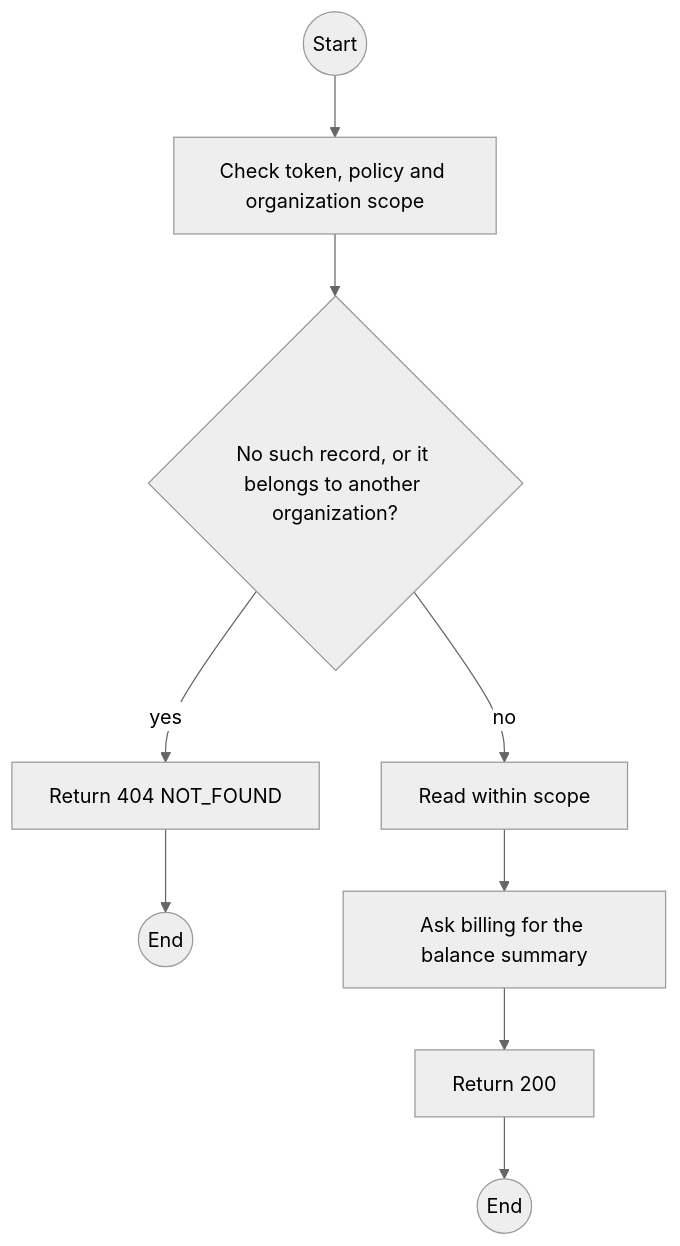
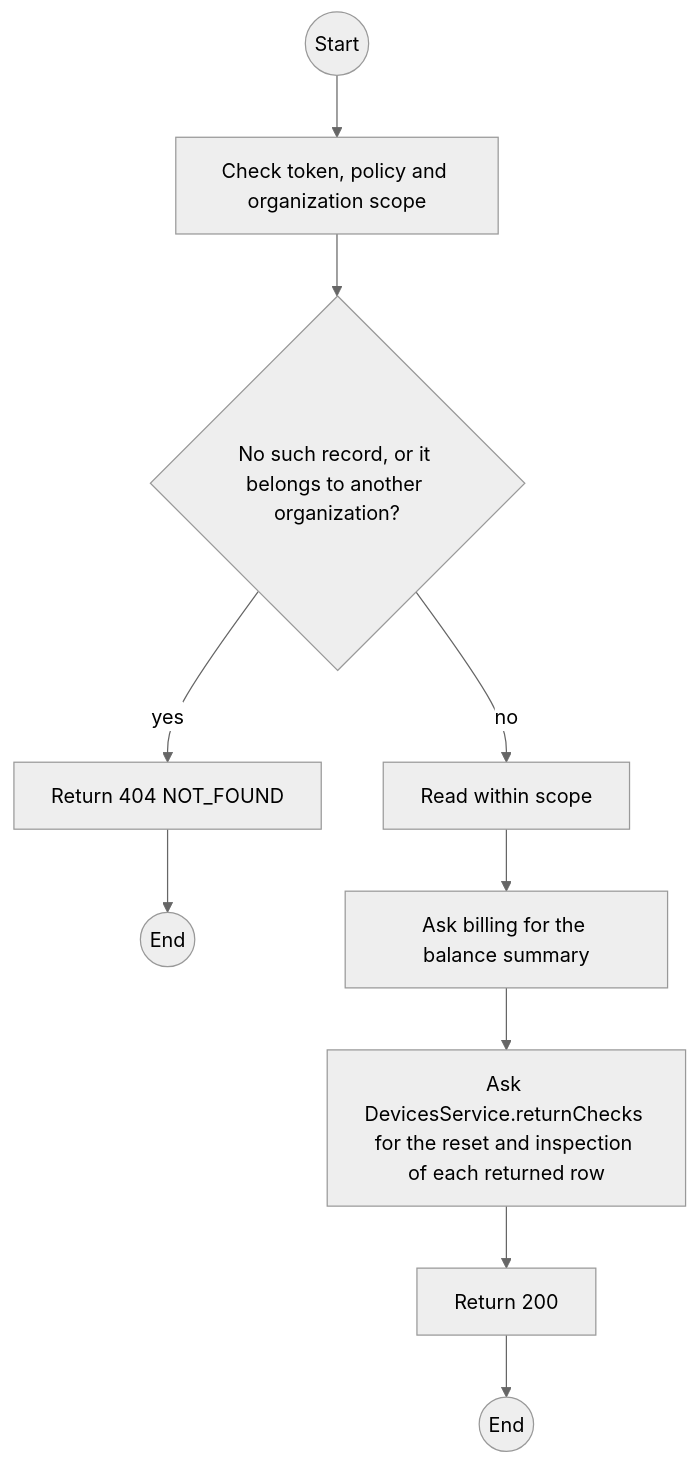
The first of 2 diagrams in specs/rentals/api-design/03-get-contracts-id.md (TrekLink-Team/treklink-web), drawn with Mermaid (neutral theme) before and after one commit. The commit also changed other lines of this file and 18 other files, not shown here.

First line of the commit message:
fix: keep the return counter reset across a reload and refuse a second reset

````diff
--- a/specs/rentals/api-design/03-get-contracts-id.md
+++ b/specs/rentals/api-design/03-get-contracts-id.md
@@ -162,18 +169,20 @@
 ```mermaid
 flowchart TB
     S((Start))
     A0["Check token, policy and organization scope"]
     S --> A0
     D1{"No such record, or it belongs to another organization?"}
     A0 --> D1
     E1["Return 404 NOT_FOUND"]
     D1 -->|yes| E1
     E1 --> X1((End))
     P0["Read within scope"]
     D1 -->|no| P0
     P1["Ask billing for the balance summary"]
     P0 --> P1
+    P2["Ask DevicesService.returnChecks for the reset and inspection of each returned row"]
+    P1 --> P2
     OK["Return 200"]
-    P1 --> OK
+    P2 --> OK
     OK --> Z((End))
 ```
````
